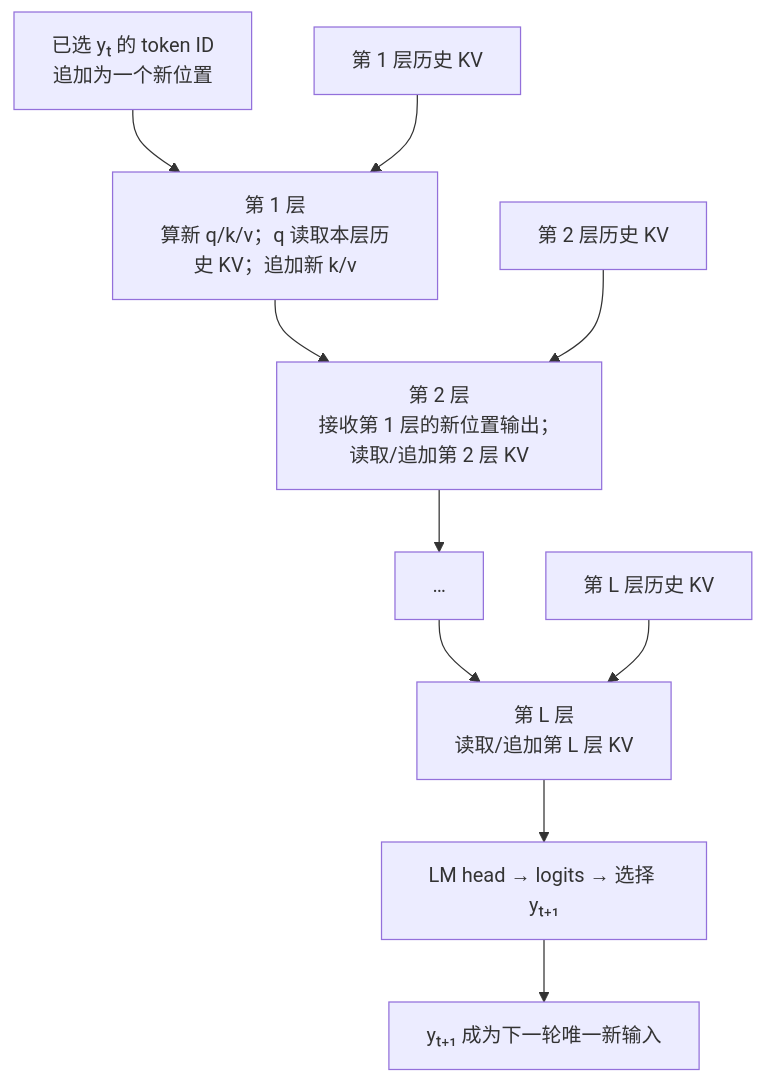
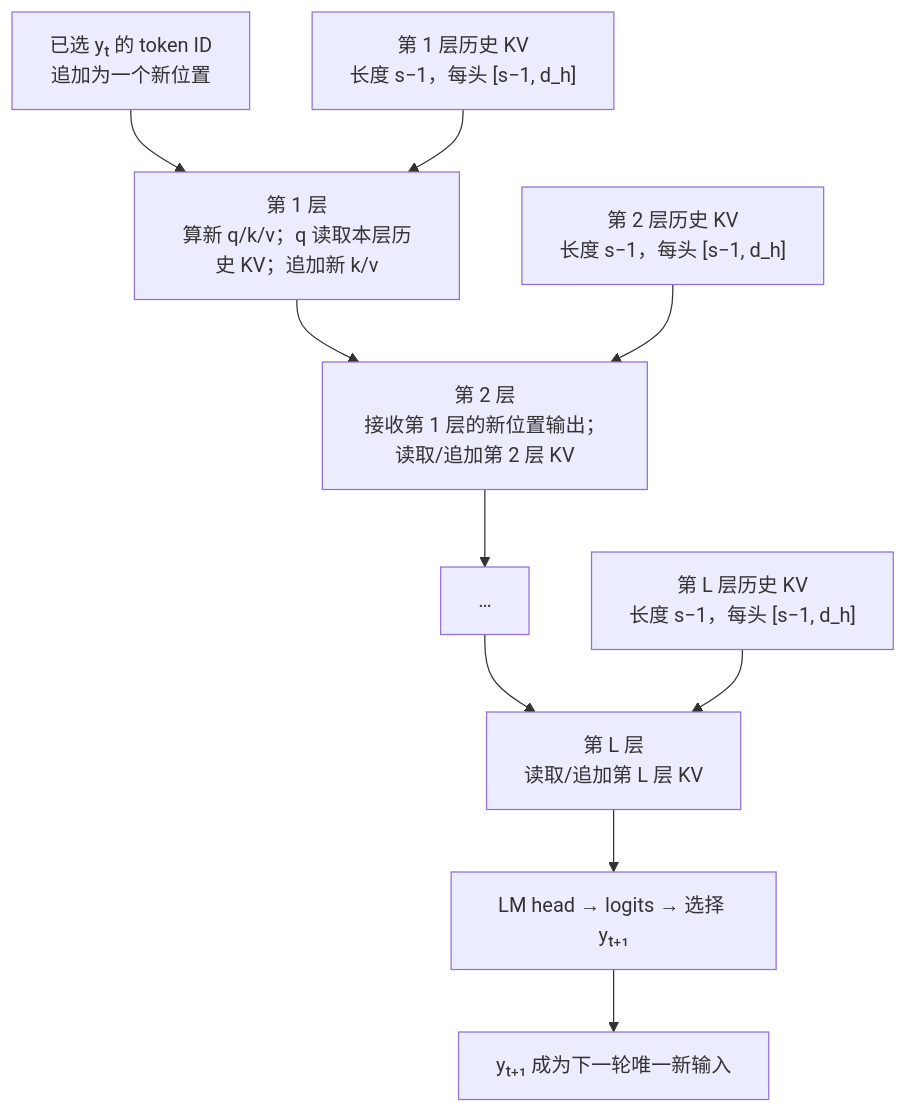
Before and after one commit to yeasy/llm_internals: the fourth of 7 diagrams in 03_components/3.8_gpt_inference_flow.md, drawn with Mermaid. The commit also changed other lines of this file and 1 other file, not shown here.

````diff
--- a/03_components/3.8_gpt_inference_flow.md
+++ b/03_components/3.8_gpt_inference_flow.md
@@ -328,12 +550,12 @@
 ```mermaid
 flowchart TB
     token["已选 yₜ 的 token ID<br/>追加为一个新位置"] --> l1["第 1 层<br/>算新 q/k/v；q 读取本层历史 KV；追加新 k/v"]
-    cache1["第 1 层历史 KV"] --> l1
+    cache1["第 1 层历史 KV<br/>长度 s−1，每头 [s−1, d_h]"] --> l1
     l1 --> l2["第 2 层<br/>接收第 1 层的新位置输出；读取/追加第 2 层 KV"]
-    cache2["第 2 层历史 KV"] --> l2
+    cache2["第 2 层历史 KV<br/>长度 s−1，每头 [s−1, d_h]"] --> l2
     l2 --> dots["…"]
     dots --> ln["第 L 层<br/>读取/追加第 L 层 KV"]
-    cacheN["第 L 层历史 KV"] --> ln
+    cacheN["第 L 层历史 KV<br/>长度 s−1，每头 [s−1, d_h]"] --> ln
     ln --> select["LM head → logits → 选择 yₜ₊₁"]
     select --> append["yₜ₊₁ 成为下一轮唯一新输入"]
 ```
````
